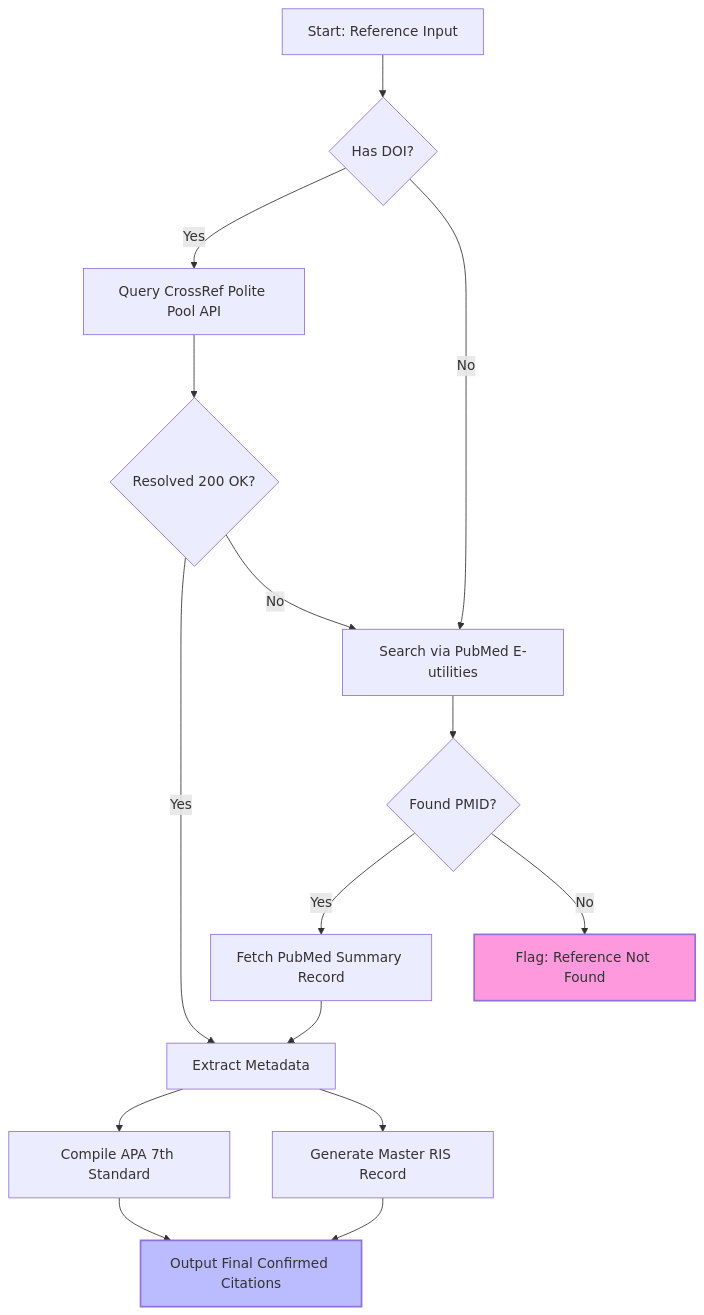
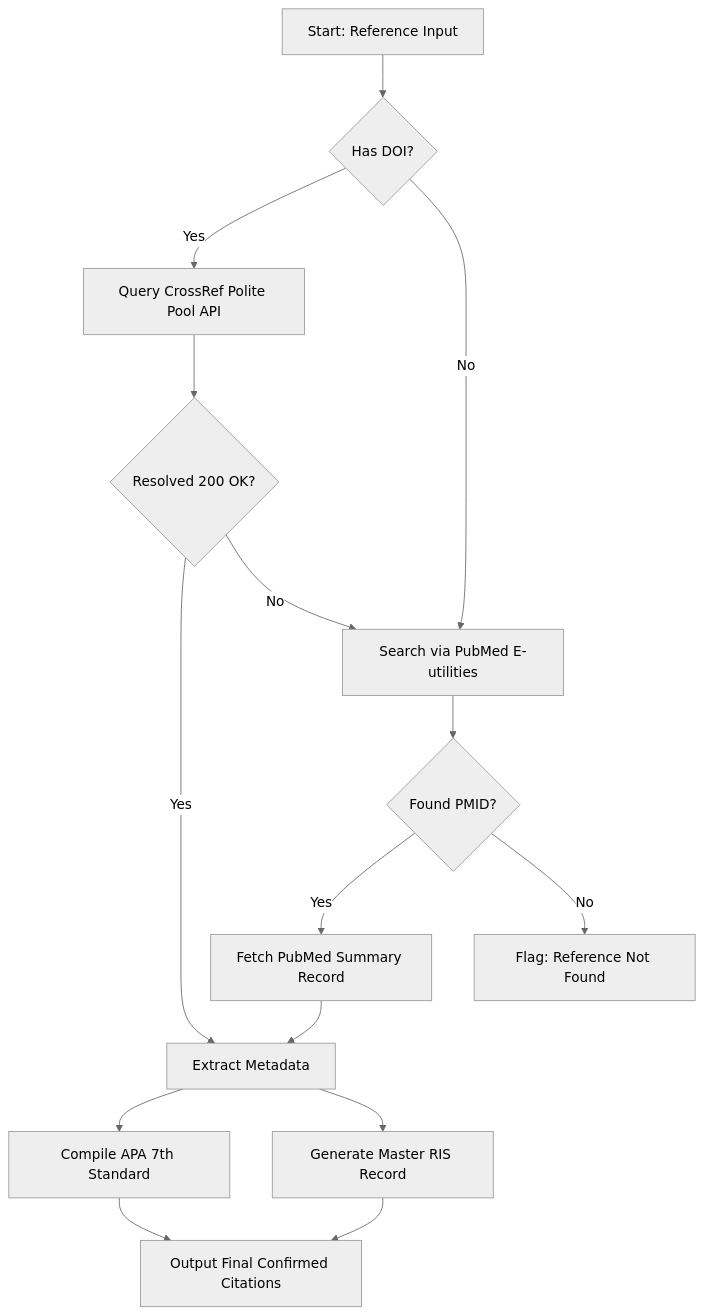
One commit to MuhammedElnaggar97/doi-validator changed the diagram in README.md. Above: the diagram before and after it, drawn with Mermaid. The commit also changed other lines of this file, not shown here.

Commit message:
Update Mermaid theme to neutral dark/light and append elegant collapsible Arabic translation section

````diff
--- a/README.md
+++ b/README.md
@@ -37,19 +37,18 @@
 ```mermaid
+%%{init: {'theme': 'neutral'} }%%
 graph TD
     A[Start: Reference Input] --> B{Has DOI?}
     B -- Yes --> C[Query CrossRef Polite Pool API]
     B -- No --> D[Search via PubMed E-utilities]
     C --> E{Resolved 200 OK?}
     E -- Yes --> F[Extract Metadata]
     E -- No --> D
     D --> G{Found PMID?}
     G -- Yes --> H[Fetch PubMed Summary Record]
     G -- No --> I[Flag: Reference Not Found]
     H --> F
     F --> J[Compile APA 7th Standard]
     F --> K[Generate Master RIS Record]
     J --> L[Output Final Confirmed Citations]
     K --> L
-    style I fill:#f9d,stroke:#33,stroke-width:2px
-    style L fill:#bbf,stroke:#33,stroke-width:2px
 ```
````
